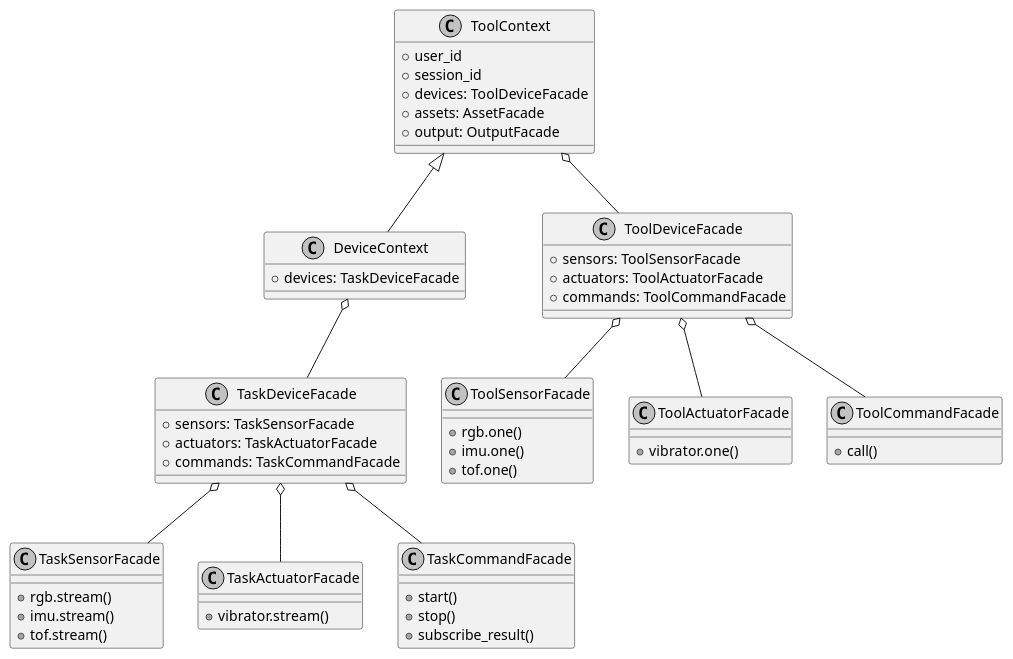
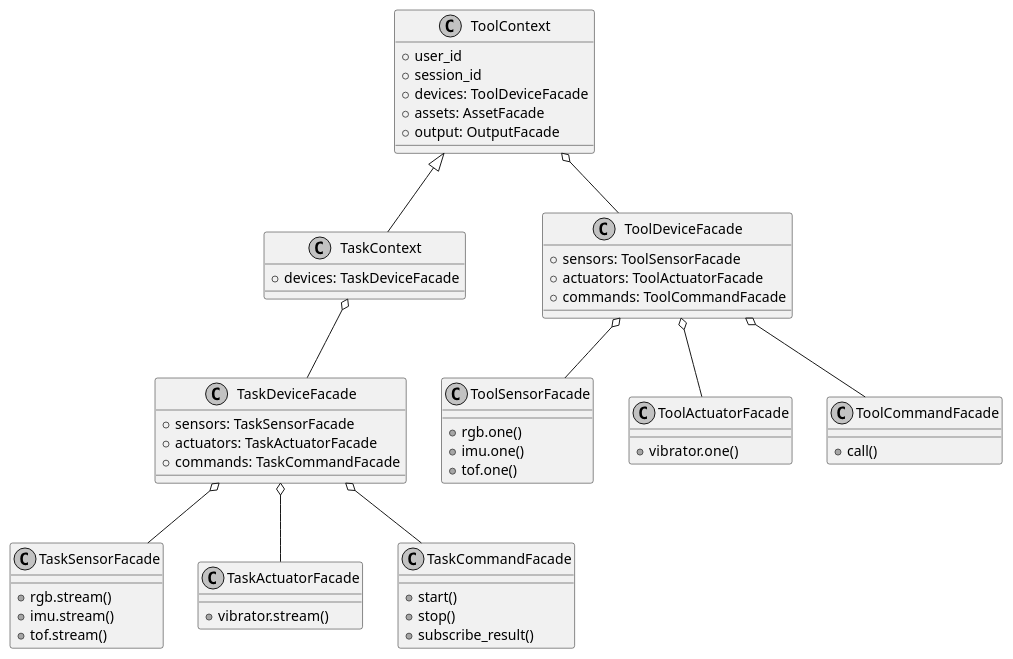
One commit to HengeLiu/RealtimeAgent changed the first of 3 diagrams in docs/context-device-api-design.md. Above: the diagram before and after it, drawn with PlantUML. The commit also changed other lines of this file and 63 other files, not shown here.

````diff
--- a/docs/context-device-api-design.md
+++ b/docs/context-device-api-design.md
@@ -28,70 +28,70 @@
 ```plantuml
 @startuml
 skinparam monochrome true
 skinparam shadowing false
 
 class ToolContext {
   +user_id
   +session_id
   +devices: ToolDeviceFacade
   +assets: AssetFacade
   +output: OutputFacade
 }
 
-class DeviceContext {
+class TaskContext {
   +devices: TaskDeviceFacade
 }
 
 class ToolDeviceFacade {
   +sensors: ToolSensorFacade
   +actuators: ToolActuatorFacade
   +commands: ToolCommandFacade
 }
 
 class TaskDeviceFacade {
   +sensors: TaskSensorFacade
   +actuators: TaskActuatorFacade
   +commands: TaskCommandFacade
 }
 
 class ToolSensorFacade {
   +rgb.one()
   +imu.one()
   +tof.one()
 }
 
 class TaskSensorFacade {
   +rgb.stream()
   +imu.stream()
   +tof.stream()
 }
 
 class ToolActuatorFacade {
   +vibrator.one()
 }
 
 class TaskActuatorFacade {
   +vibrator.stream()
 }
 
 class ToolCommandFacade {
   +call()
 }
 
 class TaskCommandFacade {
   +start()
   +stop()
   +subscribe_result()
 }
 
-ToolContext <|-- DeviceContext
+ToolContext <|-- TaskContext
 ToolContext o-- ToolDeviceFacade
-DeviceContext o-- TaskDeviceFacade
+TaskContext o-- TaskDeviceFacade
 ToolDeviceFacade o-- ToolSensorFacade
 ToolDeviceFacade o-- ToolActuatorFacade
 ToolDeviceFacade o-- ToolCommandFacade
 TaskDeviceFacade o-- TaskSensorFacade
 TaskDeviceFacade o-- TaskActuatorFacade
 TaskDeviceFacade o-- TaskCommandFacade
 @enduml
 ```
````
